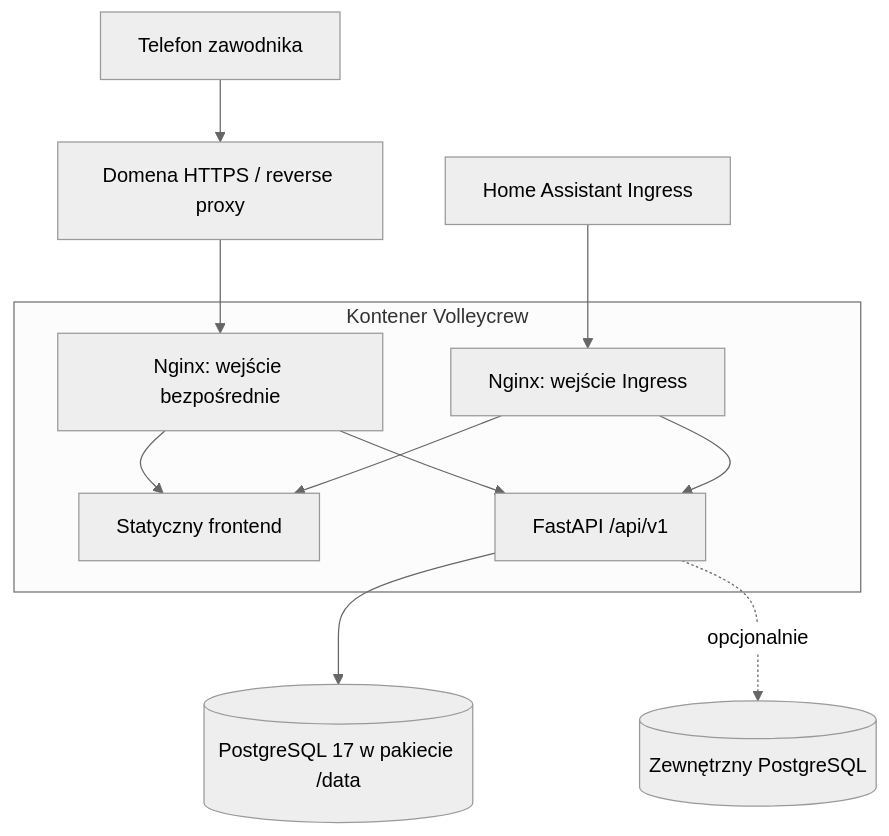
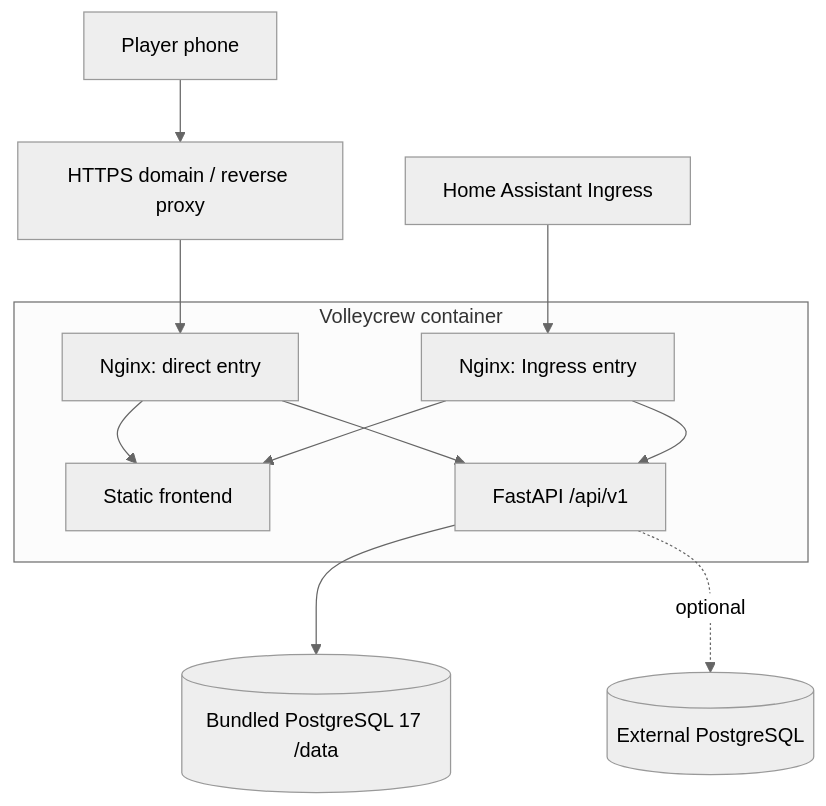
The diagram in docs/implementation/architecture.md (arkadiusz-dalecki/volleycrew), drawn with Mermaid (neutral theme) before and after one commit. The commit also changed other lines of this file and 36 other files, not shown here.

````diff
--- a/docs/implementation/architecture.md
+++ b/docs/implementation/architecture.md
@@ -19,14 +19,14 @@
 ```mermaid
 flowchart TD
-  Phone[Telefon zawodnika] --> TLS[Domena HTTPS / reverse proxy]
-  TLS --> Public[Nginx: wejście bezpośrednie]
-  HA[Home Assistant Ingress] --> Ingress[Nginx: wejście Ingress]
-  subgraph App[Kontener Volleycrew]
-    Public --> Static[Statyczny frontend]
+  Phone[Player phone] --> TLS[HTTPS domain / reverse proxy]
+  TLS --> Public[Nginx: direct entry]
+  HA[Home Assistant Ingress] --> Ingress[Nginx: Ingress entry]
+  subgraph App[Volleycrew container]
+    Public --> Static[Static frontend]
     Ingress --> Static
     Public --> API[FastAPI /api/v1]
     Ingress --> API
   end
-  API --> PG[(PostgreSQL 17 w pakiecie /data)]
-  API -. opcjonalnie .-> ExternalPG[(Zewnętrzny PostgreSQL)]
+  API --> PG[(Bundled PostgreSQL 17 /data)]
+  API -. optional .-> ExternalPG[(External PostgreSQL)]
 ```
````
